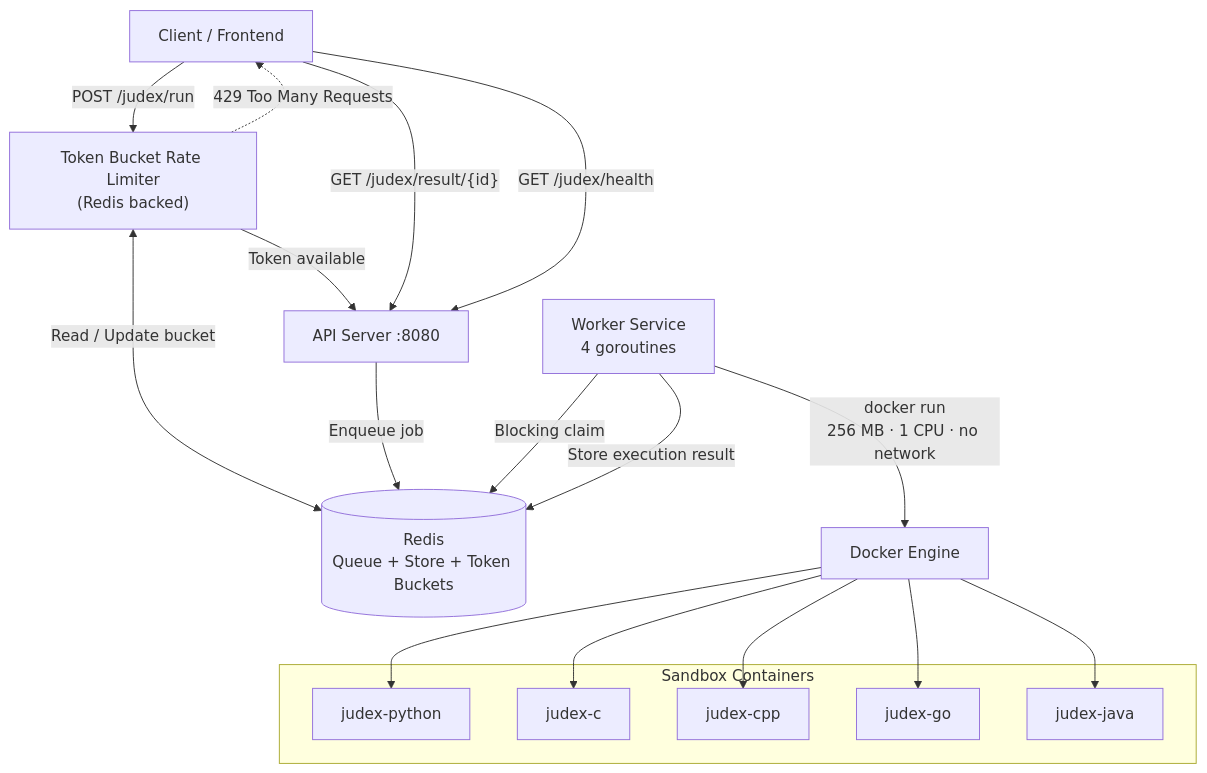
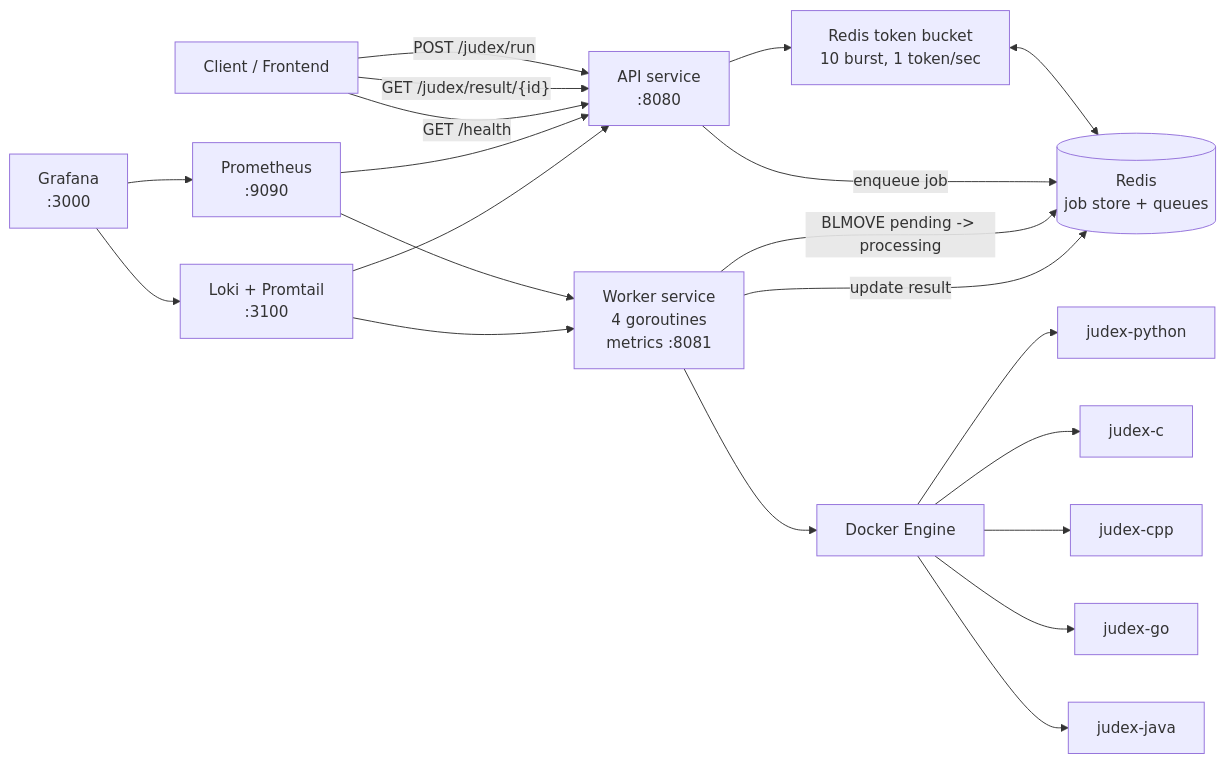
The first of 2 diagrams in README.md (Dharshan2208/judex), drawn with Mermaid before and after one commit. The commit also changed other lines of this file, not shown here.

````diff
--- a/README.md
+++ b/README.md
@@ -7,43 +44,37 @@
 ```mermaid
-flowchart TD
+flowchart LR
     Client["Client / Frontend"]
+    API["API service<br/>:8080"]
+    RateLimit["Redis token bucket<br/>10 burst, 1 token/sec"]
+    Redis[("Redis<br/>job store + queues")]
+    Worker["Worker service<br/>4 goroutines<br/>metrics :8081"]
+    Docker["Docker Engine"]
+    Metrics["Prometheus<br/>:9090"]
+    Logs["Loki + Promtail<br/>:3100"]
+    Grafana["Grafana<br/>:3000"]
 
-    RateLimiter["Token Bucket Rate Limiter<br/>(Redis backed)"]
+    Client -->|"POST /judex/run"| API
+    Client -->|"GET /judex/result/{id}"| API
+    Client -->|"GET /health"| API
 
-    API["API Server :8080"]
-    Worker["Worker Service<br/>4 goroutines"]
+    API --> RateLimit
+    RateLimit <--> Redis
+    API -->|"enqueue job"| Redis
 
-    Redis[("Redis<br/>Queue + Store + Token Buckets")]
+    Worker -->|"BLMOVE pending -> processing"| Redis
+    Worker -->|"update result"| Redis
+    Worker --> Docker
 
-    Docker["Docker Engine"]
+    Docker --> Python["judex-python"]
+    Docker --> C["judex-c"]
+    Docker --> CPP["judex-cpp"]
+    Docker --> Go["judex-go"]
+    Docker --> Java["judex-java"]
 
-    subgraph Sandbox["Sandbox Containers"]
-        Python["judex-python"]
-        C["judex-c"]
-        CPP["judex-cpp"]
-        Go["judex-go"]
-        Java["judex-java"]
-    end
-
-    Client -->|"POST /judex/run"| RateLimiter
-    RateLimiter -->|"Token available"| API
-    RateLimiter -.->|"429 Too Many Requests"| Client
-
-    Client -->|"GET /judex/result/{id}"| API
-    Client -->|"GET /judex/health"| API
-
-    RateLimiter <-->|"Read / Update bucket"| Redis
-
-    API -->|"Enqueue job"| Redis
-
-    Worker -->|"Blocking claim"| Redis
-    Worker -->|"Store execution result"| Redis
-
-    Worker -->|"docker run<br/>256 MB · 1 CPU · no network"| Docker
-
-    Docker --> Python
-    Docker --> C
-    Docker --> CPP
-    Docker --> Go
-    Docker --> Java
+    Metrics --> API
+    Metrics --> Worker
+    Logs --> API
+    Logs --> Worker
+    Grafana --> Metrics
+    Grafana --> Logs
 ```
````
